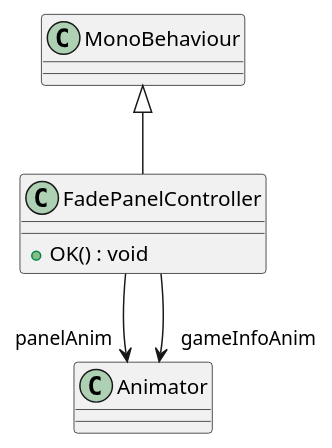
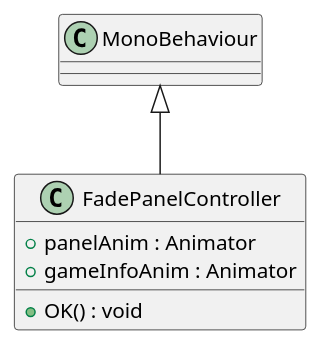
One commit to stackTsi/CandyCrushClone changed the diagram in PlantUML/FadePanelController.puml. Above: the diagram before and after it, drawn with PlantUML. The commit also changed 15 other files, not shown here.

Commit message:
Update PlantUML

```diff
--- a/PlantUML/FadePanelController.puml
+++ b/PlantUML/FadePanelController.puml
@@ -1,8 +1,8 @@
 @startuml
 class FadePanelController {
+    + panelAnim : Animator
+    + gameInfoAnim : Animator
     + OK() : void
 }
 MonoBehaviour <|-- FadePanelController
-FadePanelController --> "panelAnim" Animator
-FadePanelController --> "gameInfoAnim" Animator
 @enduml
```
